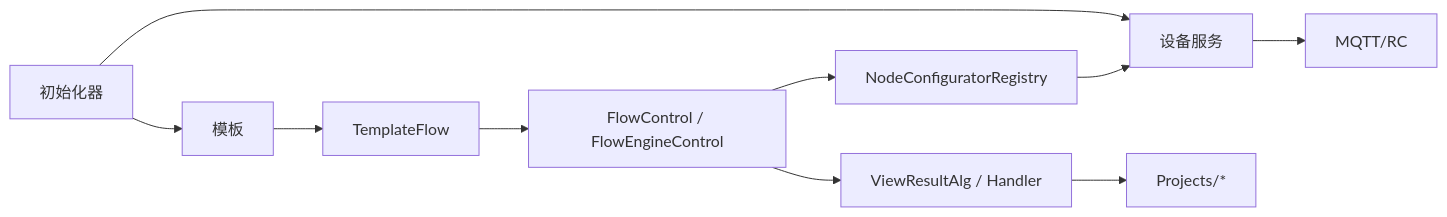
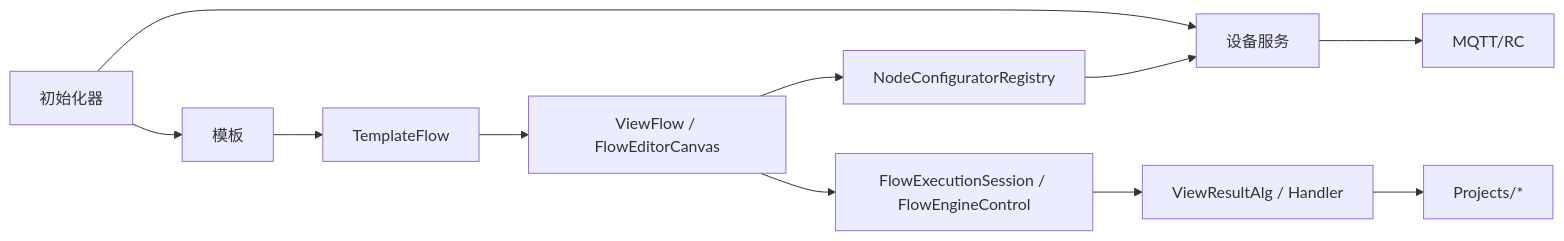
The diagram in docs/04-api-reference/engine-components/runtime-object-map.md (xincheng213618/scgd_general_wpf), drawn with Mermaid before and after one commit. The commit also changed other lines of this file and 38 other files, not shown here.

Commit message:
docs: sync plugin and flow architecture

````diff
--- a/docs/04-api-reference/engine-components/runtime-object-map.md
+++ b/docs/04-api-reference/engine-components/runtime-object-map.md
@@ -7,12 +7,13 @@
 ```mermaid
 flowchart LR
   Init["初始化器"] --> Service["设备服务"]
   Init --> Template["模板"]
   Service --> MQTT["MQTT/RC"]
   Template --> FlowTemplate["TemplateFlow"]
-  FlowTemplate --> Flow["FlowControl / FlowEngineControl"]
-  Flow --> Configurator["NodeConfiguratorRegistry"]
+  FlowTemplate --> Editor["ViewFlow / FlowEditorCanvas"]
+  Editor --> Configurator["NodeConfiguratorRegistry"]
   Configurator --> Service
+  Editor --> Flow["FlowExecutionSession / FlowEngineControl"]
   Flow --> Result["ViewResultAlg / Handler"]
   Result --> Project["Projects/*"]
 ```
````
